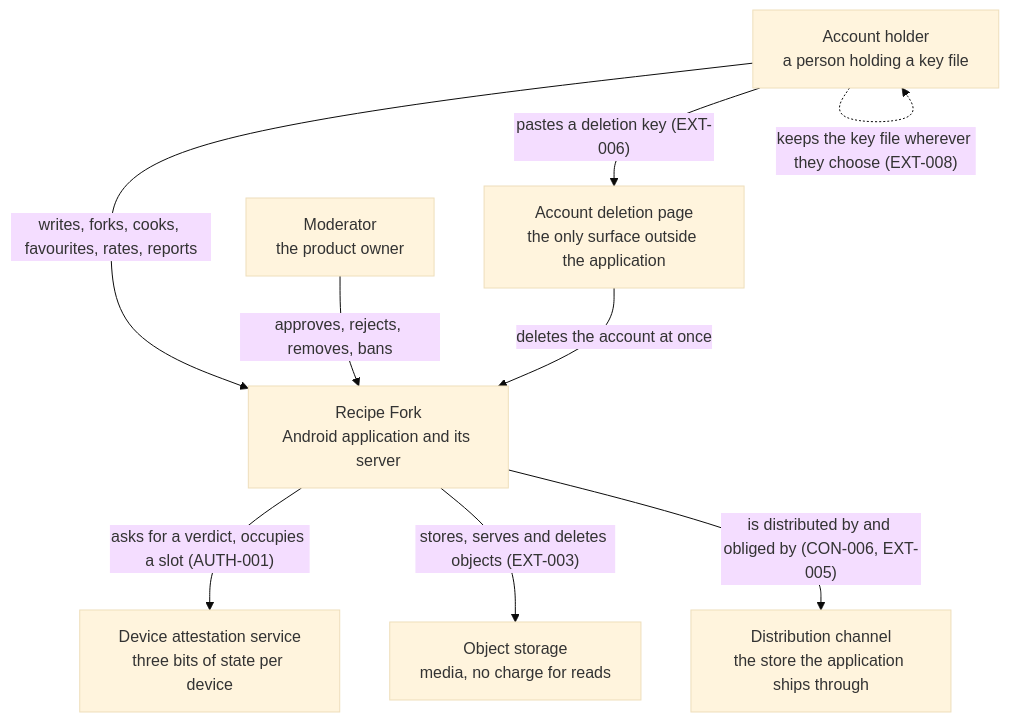
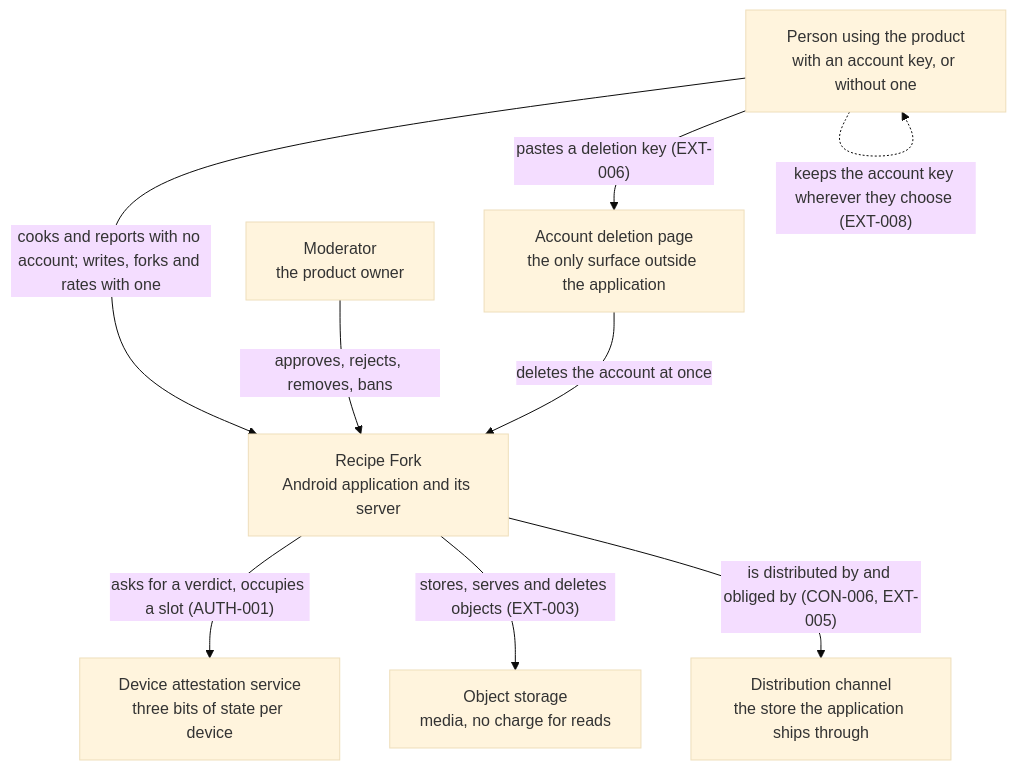
The diagram in spec/00-index.md (naturalperformance-studio/recipe-fork), drawn with Mermaid (base theme) before and after one commit. The commit also changed other lines of this file and 24 other files, not shown here.

````diff
--- a/spec/00-index.md
+++ b/spec/00-index.md
@@ -86,19 +88,19 @@
 ```mermaid
 flowchart TB
-    holder["Account holder<br/>a person holding a key file"]
+    holder["Person using the product<br/>with an account key, or without one"]
     moderator["Moderator<br/>the product owner"]
     system["Recipe Fork<br/>Android application and its server"]
     deletion["Account deletion page<br/>the only surface outside the application"]
     attest["Device attestation service<br/>three bits of state per device"]
     storage["Object storage<br/>media, no charge for reads"]
     channel["Distribution channel<br/>the store the application ships through"]
 
-    holder -->|"writes, forks, cooks, favourites, rates, reports"| system
+    holder -->|"cooks and reports with no account; writes, forks and rates with one"| system
     moderator -->|"approves, rejects, removes, bans"| system
     holder -->|"pastes a deletion key (EXT-006)"| deletion
     deletion -->|"deletes the account at once"| system
     system -->|"asks for a verdict, occupies a slot (AUTH-001)"| attest
     system -->|"stores, serves and deletes objects (EXT-003)"| storage
     system -->|"is distributed by and obliged by (CON-006, EXT-005)"| channel
-    holder -.->|"keeps the key file wherever they choose (EXT-008)"| holder
+    holder -.->|"keeps the account key wherever they choose (EXT-008)"| holder
 ```
````
